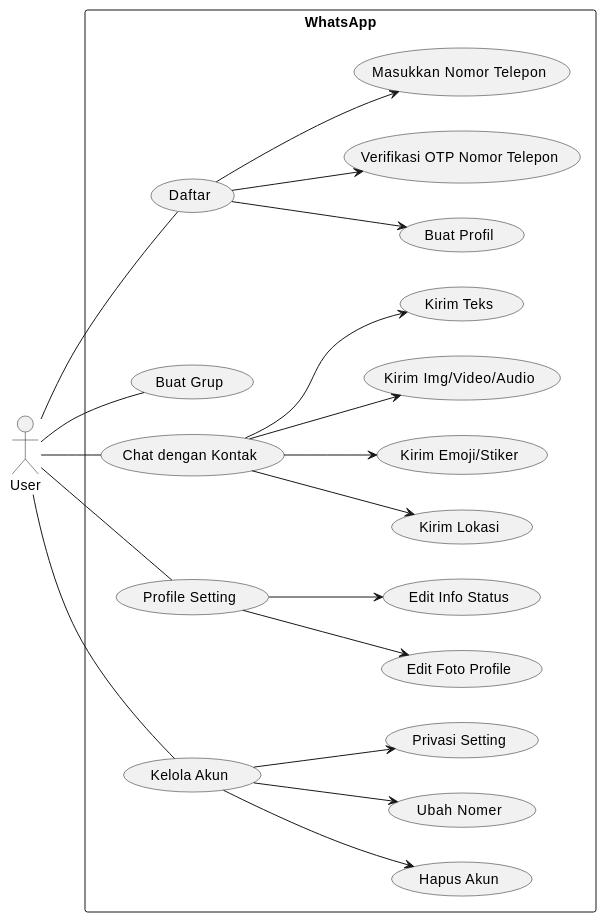
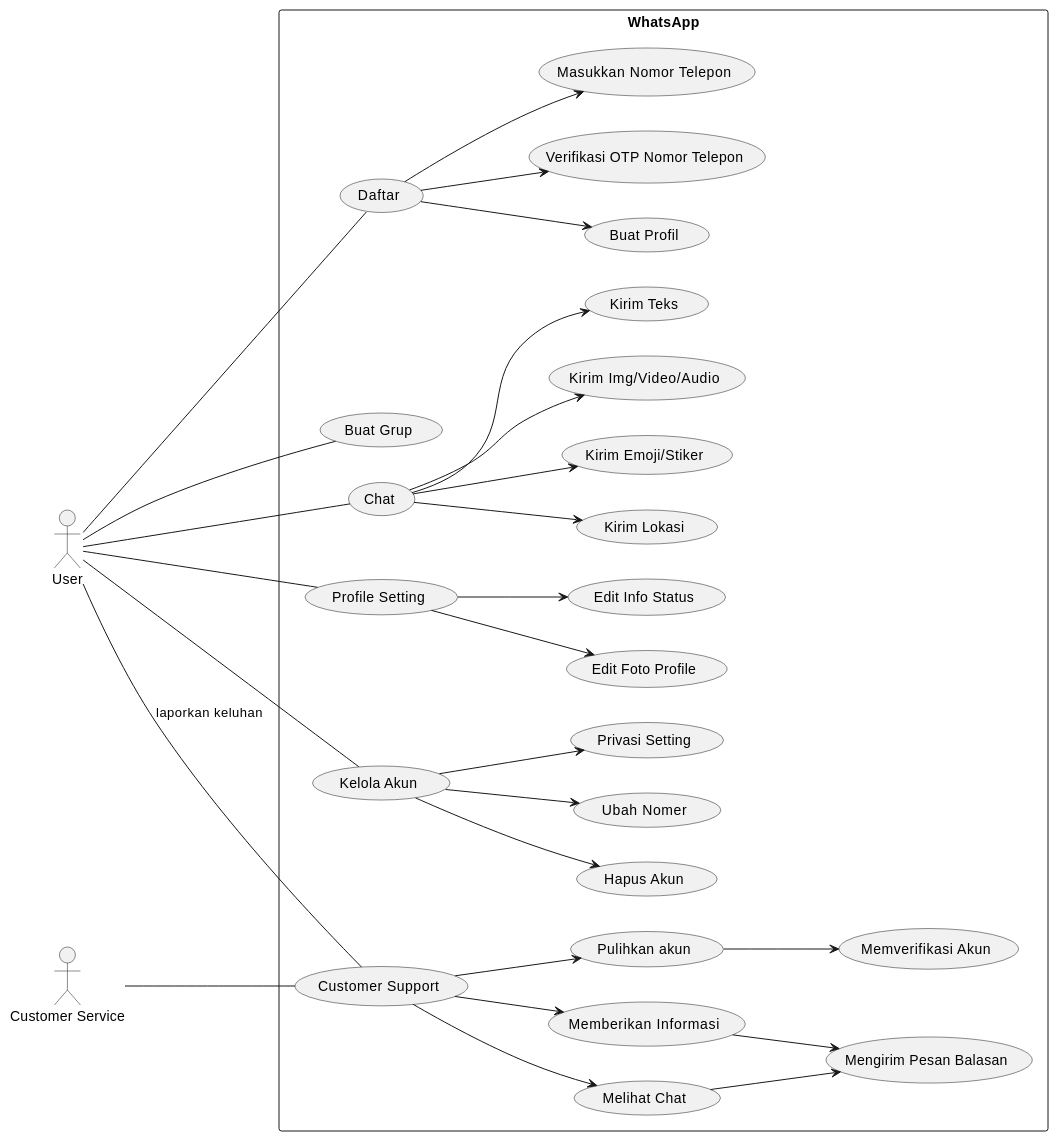
One commit to fikiap23/chatbro changed the diagram in jawaban_job_interview.md. Above: the diagram before and after it, drawn with PlantUML. The commit also changed other lines of this file and 3 other files, not shown here.

````diff
--- a/jawaban_job_interview.md
+++ b/jawaban_job_interview.md
@@ -280,37 +383,44 @@
 ```plantuml
 
 @startuml
-
 left to right direction
 actor User as U
+actor "Customer Service" as CS
+
 rectangle WhatsApp {
   U -- (Daftar)
   U -- (Buat Grup)
-  U -- (Chat dengan Kontak)
+  U -- (Chat)
   U -- (Profile Setting)
   U -- (Kelola Akun)
+  U -- (Customer Support): laporkan keluhan
+  CS -- (Customer Support)
 
-
-  (Daftar) --> (Buat Profil)
+ (Daftar) --> (Buat Profil)
   (Daftar) --> (Verifikasi OTP Nomor Telepon)
   (Daftar) --> (Masukkan Nomor Telepon)
 
-  (Chat dengan Kontak) --> (Kirim Lokasi)
-  (Chat dengan Kontak) --> (Kirim Emoji/Stiker)
-  (Chat dengan Kontak) --> (Kirim Img/Video/Audio)
-  (Chat dengan Kontak) --> (Kirim Teks)
+  (Chat) --> (Kirim Lokasi)
+  (Chat) --> (Kirim Emoji/Stiker)
+  (Chat) --> (Kirim Img/Video/Audio)
+  (Chat) --> (Kirim Teks)
 
   (Profile Setting) --> (Edit Foto Profile)
   (Profile Setting) --> (Edit Info Status)
 
   (Kelola Akun) --> (Hapus Akun)
   (Kelola Akun) --> (Ubah Nomer)
   (Kelola Akun) --> (Privasi Setting)
 
+  (Customer Support) --> (Melihat Chat)
+(Customer Support) --> (Memberikan Informasi)
+(Customer Support) --> (Pulihkan akun)
 
+(Melihat Chat) --> (Mengirim Pesan Balasan)
+(Memberikan Informasi) --> (Mengirim Pesan Balasan)
+(Pulihkan akun) --> (Memverifikasi Akun)
 }
 
 @enduml
 
-
 ```
````
